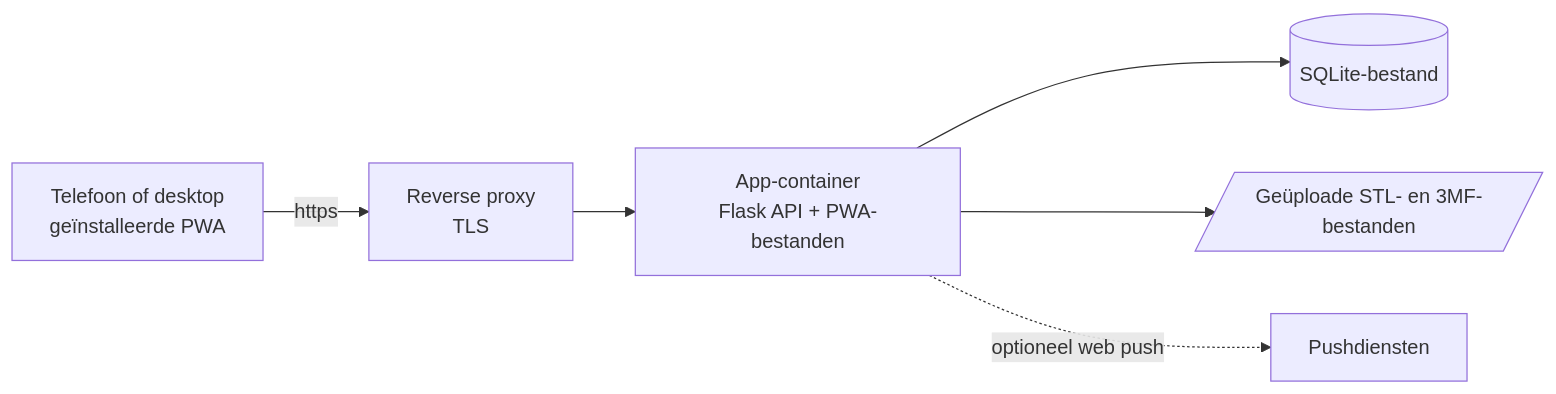
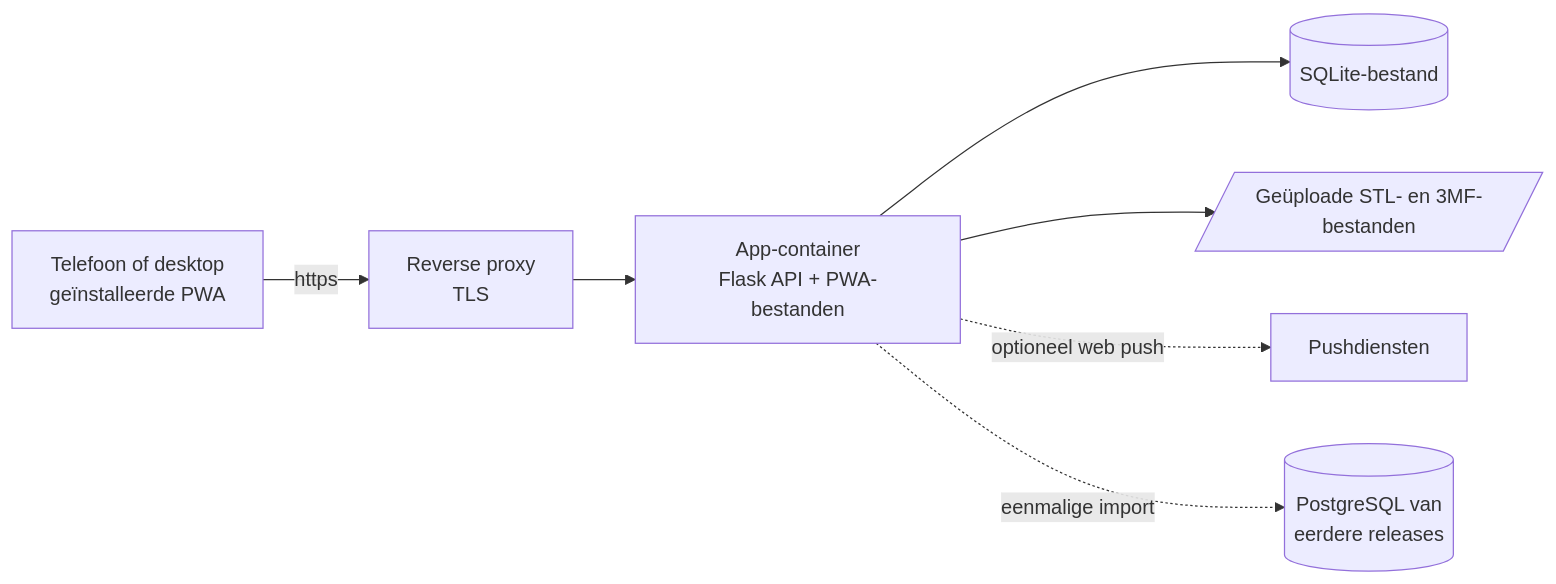
Before and after one commit to Flux76HQ/3dprint_pricing: the diagram in README.nl.md, drawn with Mermaid. The commit also changed other lines of this file and 2 other files, not shown here.

````diff
--- a/README.nl.md
+++ b/README.nl.md
@@ -176,8 +226,9 @@
 ```mermaid
 flowchart LR
     A[Telefoon of desktop<br/>geïnstalleerde PWA] -->|https| P[Reverse proxy<br/>TLS]
     P --> B[App-container<br/>Flask API + PWA-bestanden]
     B --> C[(SQLite-bestand)]
     B --> D[/Geüploade STL- en 3MF-bestanden/]
     B -.->|optioneel web push| E[Pushdiensten]
+    B -.->|eenmalige import| F[(PostgreSQL van<br/>eerdere releases)]
 ```
````
